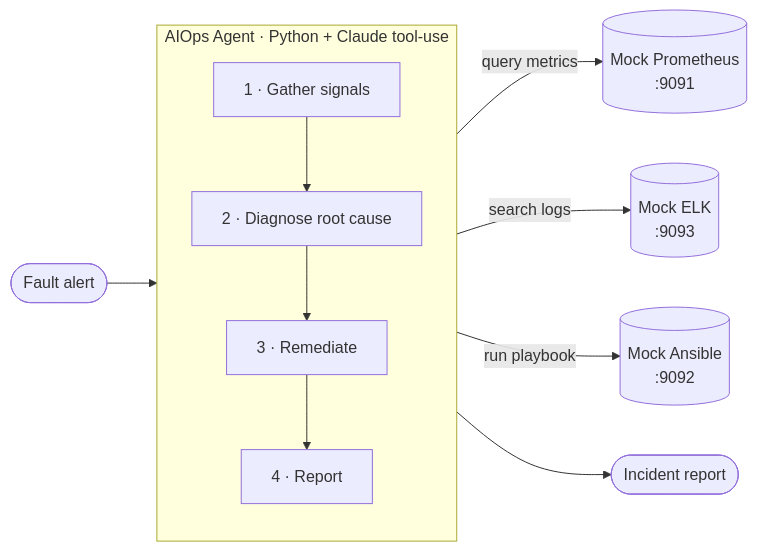
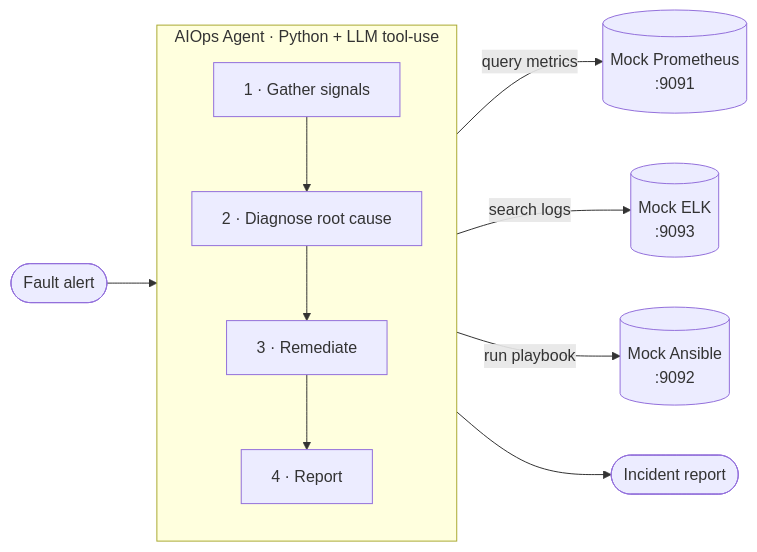
The diagram in README.md (canyang25/AIOPS), drawn with Mermaid before and after one commit. The commit also changed other lines of this file and 9 other files, not shown here.

````diff
--- a/README.md
+++ b/README.md
@@ -14,19 +16,19 @@
 ```mermaid
 flowchart LR
     ALERT([Fault alert]) --> AGENT
 
-    subgraph AGENT [AIOps Agent · Python + Claude tool-use]
+    subgraph AGENT [AIOps Agent · Python + LLM tool-use]
         direction TB
         D1[1 · Gather signals]
         D2[2 · Diagnose root cause]
         D3[3 · Remediate]
         D4[4 · Report]
         D1 --> D2 --> D3 --> D4
     end
 
     D1 -->|query metrics| PROM[(Mock Prometheus<br/>:9091)]
     D1 -->|search logs| ELK[(Mock ELK<br/>:9093)]
     D3 -->|run playbook| ANS[(Mock Ansible<br/>:9092)]
 
     D4 --> REPORT([Incident report])
 ```
````
